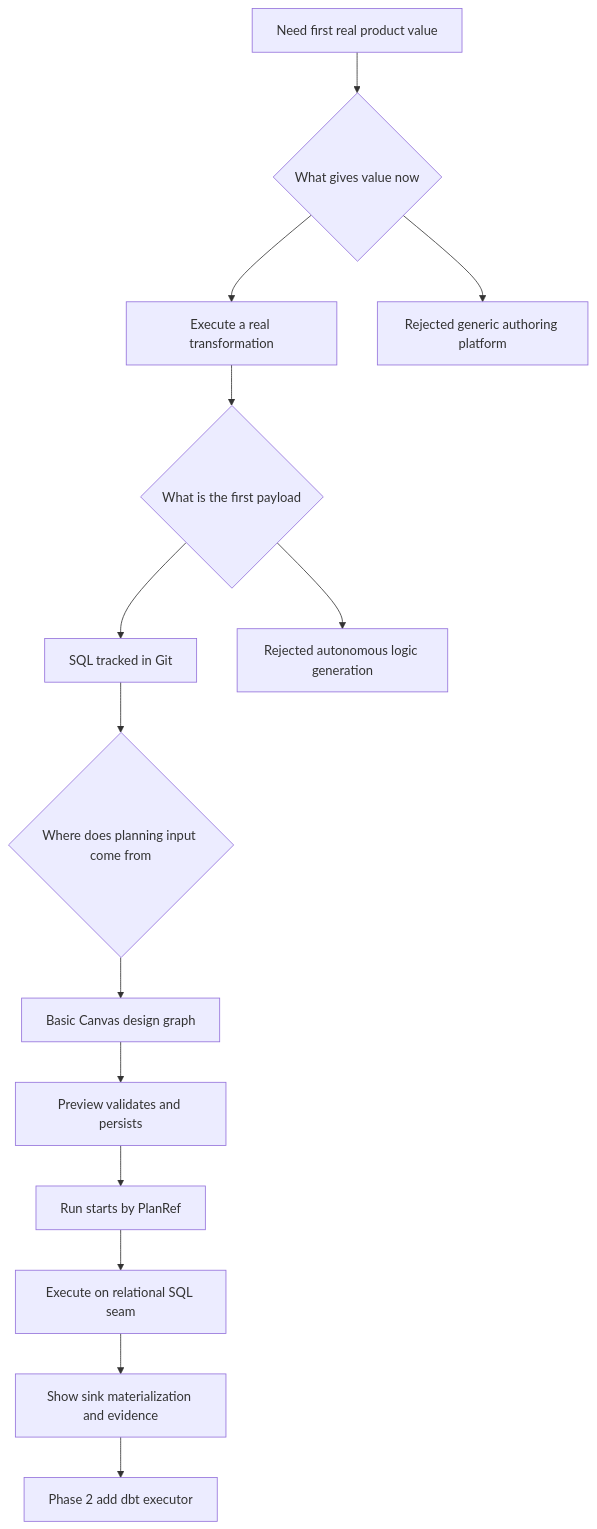
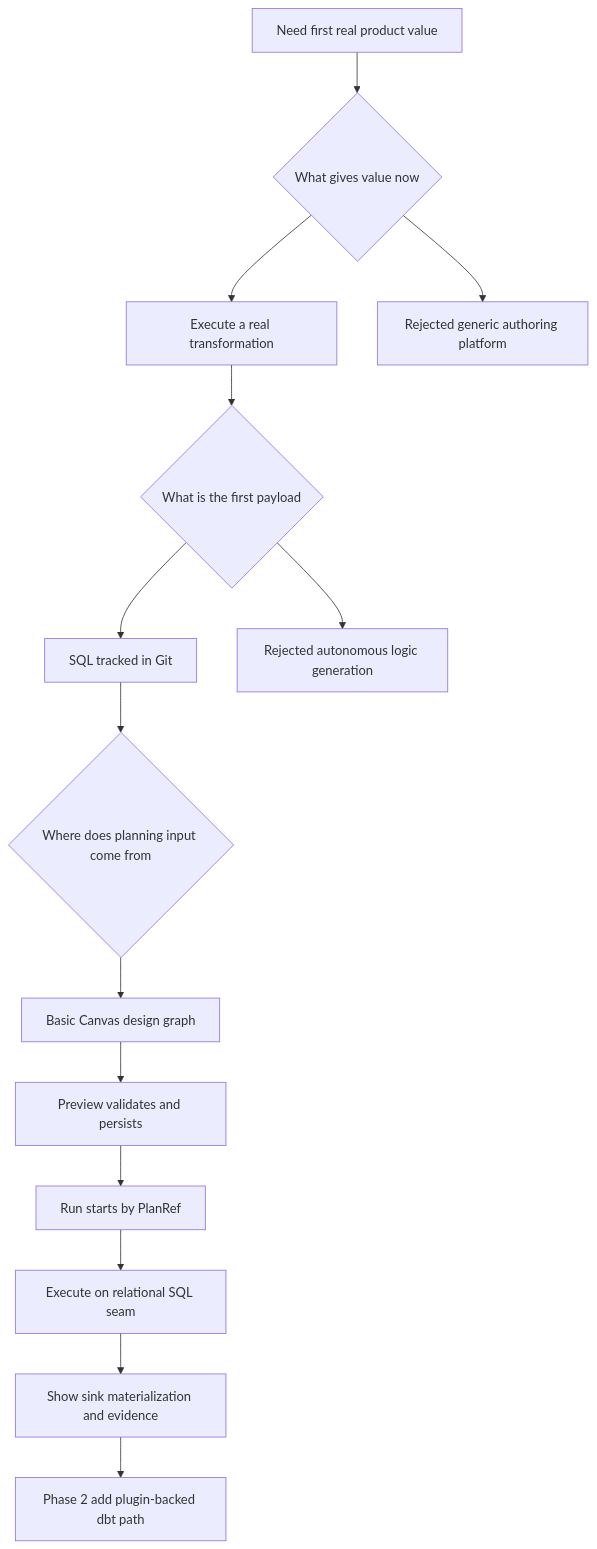
Before and after one commit to dunay2/dvt: the diagram in docs/planning/proposals/mandatory/runtime-and-contracts/transformation-flow-product-decisions-20260405.md, drawn with Mermaid. The commit also changed other lines of this file and 17 other files, not shown here.

````diff
--- a/docs/planning/proposals/mandatory/runtime-and-contracts/transformation-flow-product-decisions-20260405.md
+++ b/docs/planning/proposals/mandatory/runtime-and-contracts/transformation-flow-product-decisions-20260405.md
@@ -29,16 +29,16 @@
 ```mermaid
 flowchart TD
   A[Need first real product value] --> B{What gives value now}
   B --> C[Execute a real transformation]
   B --> X[Rejected generic authoring platform]
   C --> D{What is the first payload}
   D --> E[SQL tracked in Git]
   D --> Y[Rejected autonomous logic generation]
   E --> F{Where does planning input come from}
   F --> G[Basic Canvas design graph]
   G --> H[Preview validates and persists]
   H --> I[Run starts by PlanRef]
   I --> J[Execute on relational SQL seam]
   J --> K[Show sink materialization and evidence]
-  K --> L[Phase 2 add dbt executor]
+  K --> L[Phase 2 add plugin-backed dbt path]
 ```
````
